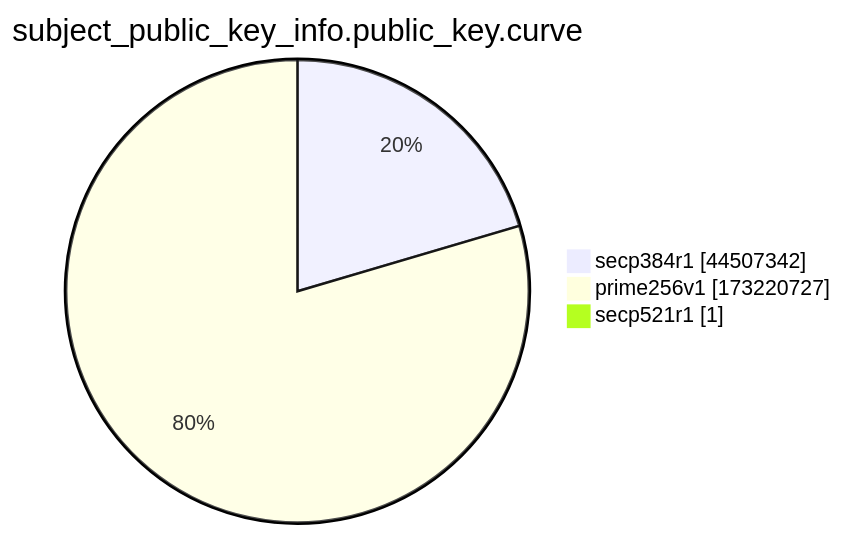
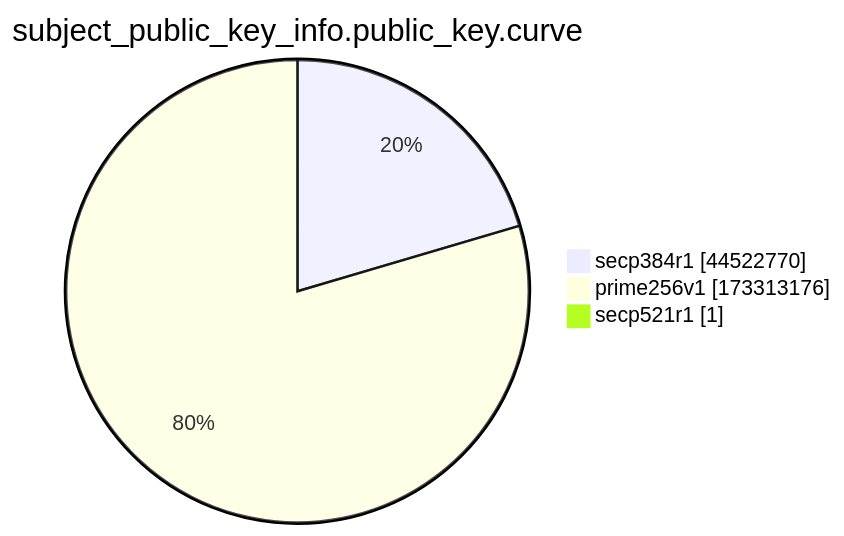
Before and after one commit to christiankrug/ctmonitor_visualization: the ninth of 15 diagrams in xenon2022/README.md, drawn with Mermaid. The commit also changed other lines of this file, not shown here.

````diff
--- a/xenon2022/README.md
+++ b/xenon2022/README.md
@@ -2871,7 +2871,7 @@
 ```mermaid
 pie showData
 title subject_public_key_info.public_key.curve
-"secp384r1" :44507342
-"prime256v1" :173220727
+"secp384r1" :44522770
+"prime256v1" :173313176
 "secp521r1" :1
 ```
````
